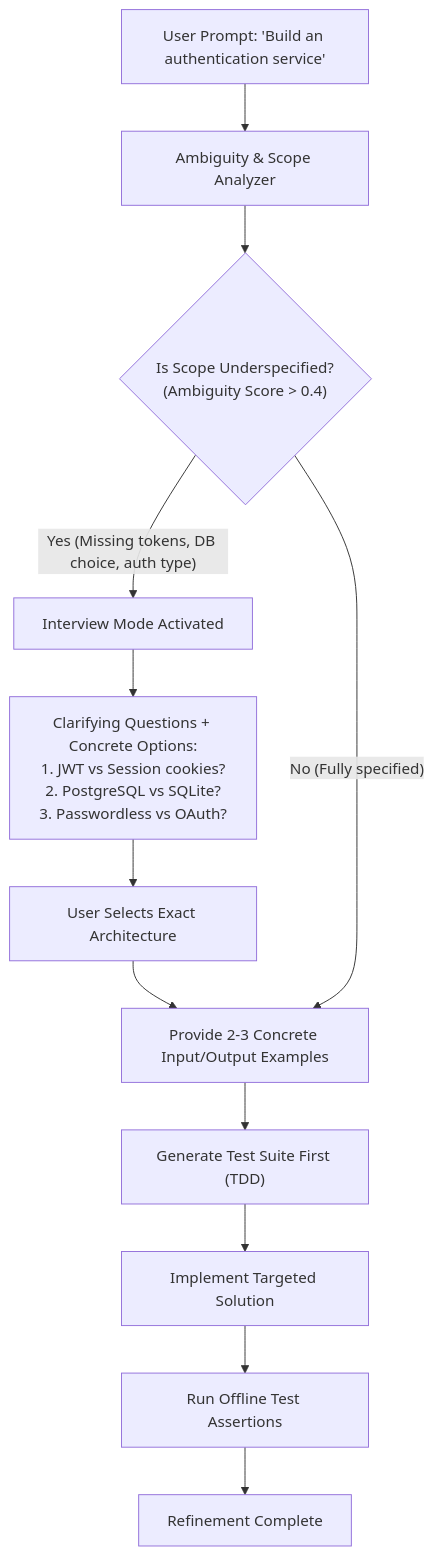
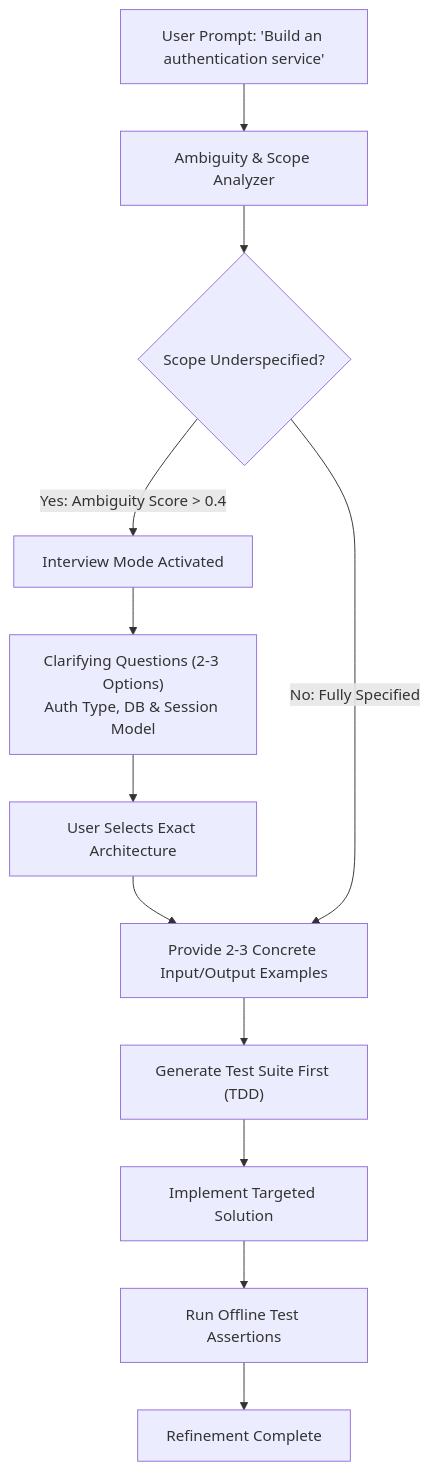
One commit to dip4k/claude_cert_architect_foundation_prep changed the diagram in domain3/ts_3_5_iterative_refinement_interview/README.md. Above: the diagram before and after it, drawn with Mermaid. The commit also changed 30 other files, not shown here.

Commit message:
docs: enhance domain and scenario guides with exam rules, golden rules, and simplified GitHub mermaid diagrams

````diff
--- a/domain3/ts_3_5_iterative_refinement_interview/README.md
+++ b/domain3/ts_3_5_iterative_refinement_interview/README.md
@@ -10,18 +10,18 @@
 ```mermaid
 flowchart TD
     UserReq["User Prompt: 'Build an authentication service'"] --> Analyzer["Ambiguity & Scope Analyzer"]
     
-    Analyzer --> AmbiguityCheck{"Is Scope Underspecified?<br/>(Ambiguity Score > 0.4)"}
+    Analyzer --> AmbiguityCheck{"Scope Underspecified?"}
     
-    AmbiguityCheck -- "Yes (Missing tokens, DB choice, auth type)" --> Interview["Interview Mode Activated"]
-    Interview --> Ask["Clarifying Questions + Concrete Options:<br/>1. JWT vs Session cookies?<br/>2. PostgreSQL vs SQLite?<br/>3. Passwordless vs OAuth?"]
+    AmbiguityCheck -- "Yes: Ambiguity Score > 0.4" --> Interview["Interview Mode Activated"]
+    Interview --> Ask["Clarifying Questions (2-3 Options)<br/>Auth Type, DB & Session Model"]
     Ask --> UserFeedback["User Selects Exact Architecture"]
     
     UserFeedback --> ConcreteIO["Provide 2-3 Concrete Input/Output Examples"]
-    AmbiguityCheck -- "No (Fully specified)" --> ConcreteIO
+    AmbiguityCheck -- "No: Fully Specified" --> ConcreteIO
     
     ConcreteIO --> TestCases["Generate Test Suite First (TDD)"]
     TestCases --> CodeGen["Implement Targeted Solution"]
     CodeGen --> Verification["Run Offline Test Assertions"]
     Verification --> Success["Refinement Complete"]
 ```
````
